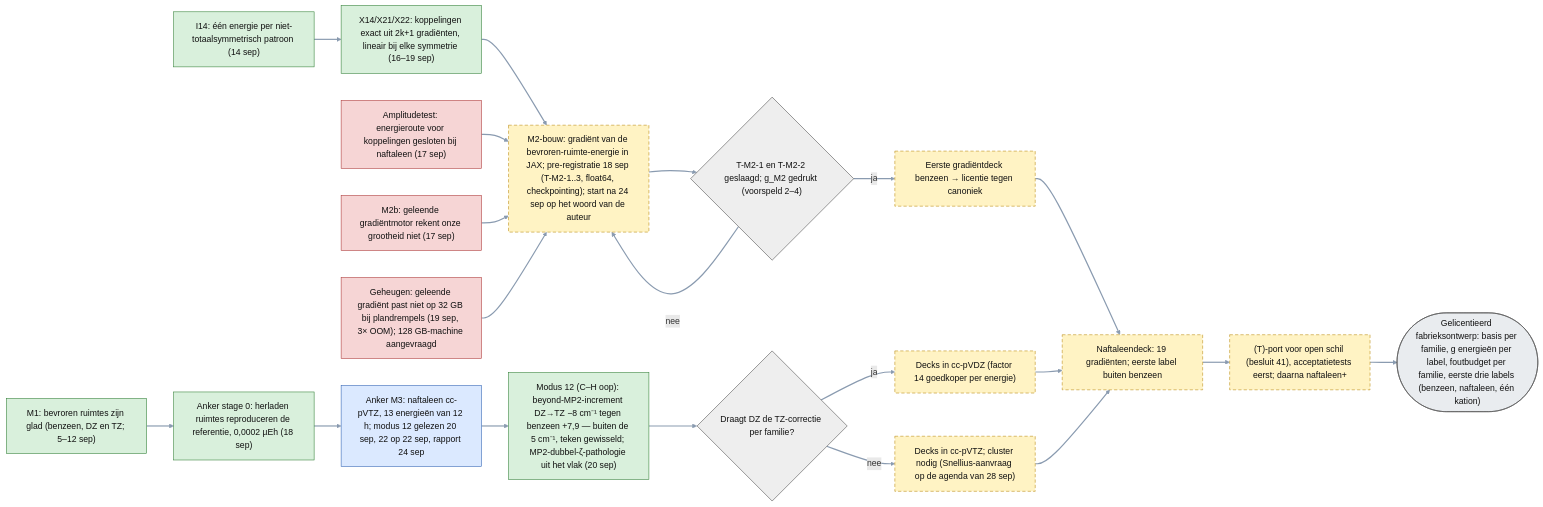
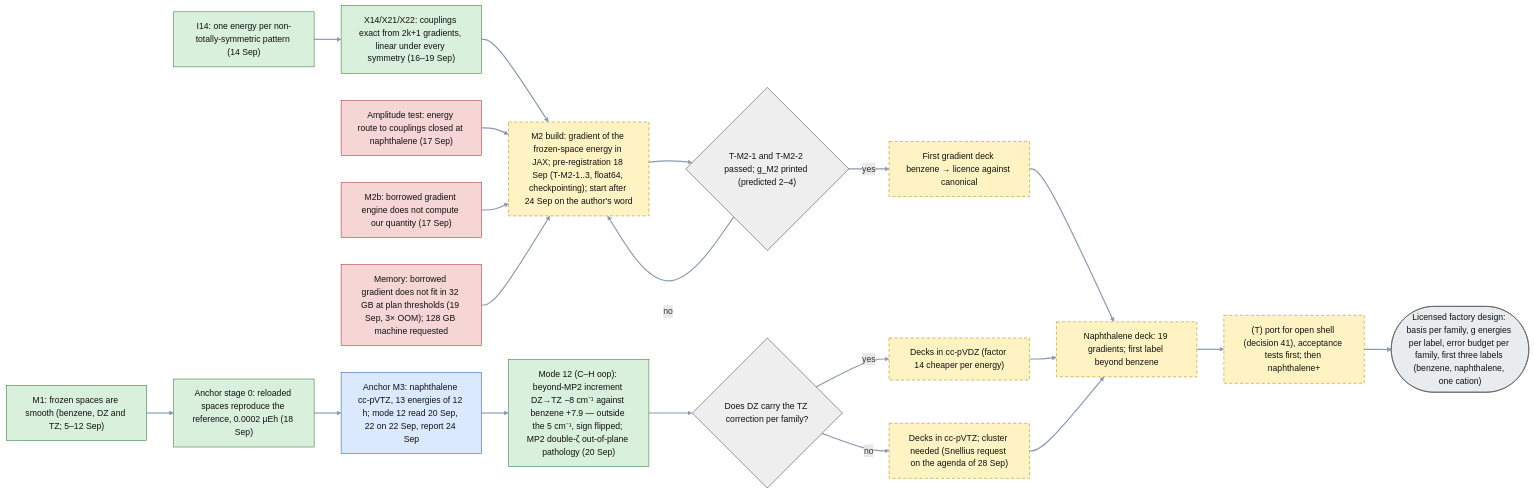
Before and after one commit to thebreadishard/udacity-capstone-plan: the second of 9 diagrams in plans/05_delta-probed-ir-pipeline/GoalGathering/architecture/ARCHITECTURE.md, drawn with Mermaid. The commit also changed other lines of this file and 18 other files, not shown here.

Commit message:
Plan 05 architecture: translated to English (sheets 0-8, PyTorch sheet, index); files renamed to English; mechanical check: same node ids, shapes, classes, edges and subgraphs per sheet, PyTorch AST identical up to docstrings and message strings, all nine sheets render in Mermaid 11

````diff
--- a/plans/05_delta-probed-ir-pipeline/GoalGathering/architecture/ARCHITECTURE.md
+++ b/plans/05_delta-probed-ir-pipeline/GoalGathering/architecture/ARCHITECTURE.md
@@ -87,45 +87,45 @@
 ```mermaid
-%% Onderzoeksproces — de labelfabriek (in het voorstel: pipeline B): de toetsen die beslissen of de doelarchitectuur van blad 4 er komt; het eindobject is het gelicentieerde fabrieksontwerp met de eerste labels als bewijs, niet de labelset (die maakt blad 4). Stand 20 september 2026.
-%% Dit blad mag data en besluiten bevatten. Groen = geslaagd; blauw = loopt; gestippeld = nog te doen; rood = mislukt en gesloten.
+%% Research process — the label factory (in the proposal: pipeline B): the tests that decide whether the target architecture of sheet 4 gets built; the end object is the licensed factory design with the first labels as evidence, not the label set (sheet 4 makes that). Status 20 September 2026.
+%% This sheet may contain data and decisions. Green = passed; blue = running; dashed = still to do; red = failed and closed.
 flowchart LR
   linkStyle default stroke:#8a9bb0,stroke-width:2.2px
   classDef done fill:#d9f0dc,stroke:#2e7d32,color:#111
   classDef running fill:#dbe9ff,stroke:#2a5db0,color:#111
   classDef todo stroke-dasharray: 6 4,stroke:#b8860b,fill:#fff3c4,color:#111
   classDef closed fill:#f6d5d5,stroke:#a33,color:#111
   classDef dec fill:#eee,stroke:#444,color:#111
   classDef data fill:#e9ecef,stroke:#555,color:#111
 
-  M1["M1: bevroren ruimtes zijn glad (benzeen, DZ en TZ; 5–12 sep)"]:::done
-  I14["I14: één energie per niet-totaalsymmetrisch patroon (14 sep)"]:::done
-  X14["X14/X21/X22: koppelingen exact uit 2k+1 gradiënten, lineair bij elke symmetrie (16–19 sep)"]:::done
-  AMP["Amplitudetest: energieroute voor koppelingen gesloten bij naftaleen (17 sep)"]:::closed
-  M2B["M2b: geleende gradiëntmotor rekent onze grootheid niet (17 sep)"]:::closed
-  ST0["Anker stage 0: herladen ruimtes reproduceren de referentie, 0,0002 µEh (18 sep)"]:::done
-  ANCH["Anker M3: naftaleen cc-pVTZ, 13 energieën van 12 h; modus 12 gelezen 20 sep, 22 op 22 sep, rapport 24 sep"]:::running
-  M12["Modus 12 (C–H oop): beyond-MP2-increment DZ→TZ −8 cm⁻¹ tegen benzeen +7,9 — buiten de 5 cm⁻¹, teken gewisseld; MP2-dubbel-ζ-pathologie uit het vlak (20 sep)"]:::done
-  D1{"Draagt DZ de TZ-correctie per familie?"}:::dec
-  CHEAP["Decks in cc-pVDZ (factor 14 goedkoper per energie)"]:::todo
-  TZ["Decks in cc-pVTZ; cluster nodig (Snellius-aanvraag op de agenda van 28 sep)"]:::todo
-  M2["M2-bouw: gradiënt van de bevroren-ruimte-energie in JAX; pre-registratie 18 sep (T-M2-1..3, float64, checkpointing); start na 24 sep op het woord van de auteur"]:::todo
-  D2{"T-M2-1 en T-M2-2 geslaagd; g_M2 gedrukt (voorspeld 2–4)"}:::dec
-  DECK1["Eerste gradiëntdeck benzeen → licentie tegen canoniek"]:::todo
-  DECK2["Naftaleendeck: 19 gradiënten; eerste label buiten benzeen"]:::todo
-  TPORT["(T)-port voor open schil (besluit 41), acceptatietests eerst; daarna naftaleen+"]:::todo
-  MEM["Geheugen: geleende gradiënt past niet op 32 GB bij plandrempels (19 sep, 3× OOM); 128 GB-machine aangevraagd"]:::closed
-  OUT(["Gelicentieerd fabrieksontwerp: basis per familie, g energieën per label, foutbudget per familie, eerste drie labels (benzeen, naftaleen, één kation)"]):::data
+  M1["M1: frozen spaces are smooth (benzene, DZ and TZ; 5–12 Sep)"]:::done
+  I14["I14: one energy per non-totally-symmetric pattern (14 Sep)"]:::done
+  X14["X14/X21/X22: couplings exact from 2k+1 gradients, linear under every symmetry (16–19 Sep)"]:::done
+  AMP["Amplitude test: energy route to couplings closed at naphthalene (17 Sep)"]:::closed
+  M2B["M2b: borrowed gradient engine does not compute our quantity (17 Sep)"]:::closed
+  ST0["Anchor stage 0: reloaded spaces reproduce the reference, 0.0002 µEh (18 Sep)"]:::done
+  ANCH["Anchor M3: naphthalene cc-pVTZ, 13 energies of 12 h; mode 12 read 20 Sep, 22 on 22 Sep, report 24 Sep"]:::running
+  M12["Mode 12 (C–H oop): beyond-MP2 increment DZ→TZ −8 cm⁻¹ against benzene +7.9 — outside the 5 cm⁻¹, sign flipped; MP2 double-ζ out-of-plane pathology (20 Sep)"]:::done
+  D1{"Does DZ carry the TZ correction per family?"}:::dec
+  CHEAP["Decks in cc-pVDZ (factor 14 cheaper per energy)"]:::todo
+  TZ["Decks in cc-pVTZ; cluster needed (Snellius request on the agenda of 28 Sep)"]:::todo
+  M2["M2 build: gradient of the frozen-space energy in JAX; pre-registration 18 Sep (T-M2-1..3, float64, checkpointing); start after 24 Sep on the author's word"]:::todo
+  D2{"T-M2-1 and T-M2-2 passed; g_M2 printed (predicted 2–4)"}:::dec
+  DECK1["First gradient deck benzene → licence against canonical"]:::todo
+  DECK2["Naphthalene deck: 19 gradients; first label beyond benzene"]:::todo
+  TPORT["(T) port for open shell (decision 41), acceptance tests first; then naphthalene+"]:::todo
+  MEM["Memory: borrowed gradient does not fit in 32 GB at plan thresholds (19 Sep, 3× OOM); 128 GB machine requested"]:::closed
+  OUT(["Licensed factory design: basis per family, g energies per label, error budget per family, first three labels (benzene, naphthalene, one cation)"]):::data
 
   M1 --> ST0 --> ANCH --> M12 --> D1
-  D1 -- ja --> CHEAP
-  D1 -- nee --> TZ
+  D1 -- yes --> CHEAP
+  D1 -- no --> TZ
   I14 --> X14 --> M2
   AMP --> M2
   M2B --> M2
   MEM --> M2
   M2 --> D2
-  D2 -- ja --> DECK1 --> DECK2
-  D2 -- nee --> M2
+  D2 -- yes --> DECK1 --> DECK2
+  D2 -- no --> M2
   CHEAP --> DECK2
   TZ --> DECK2
   DECK2 --> TPORT --> OUT
 ```
````
